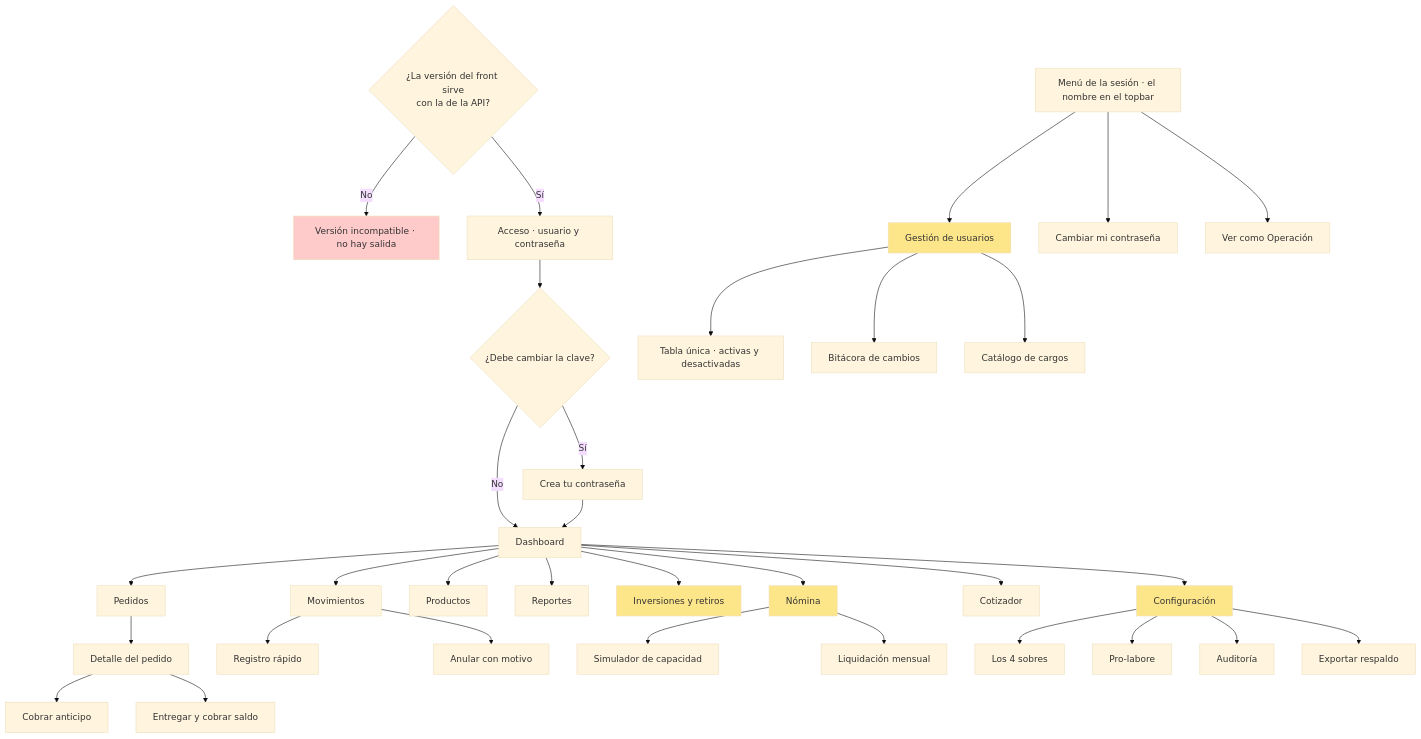
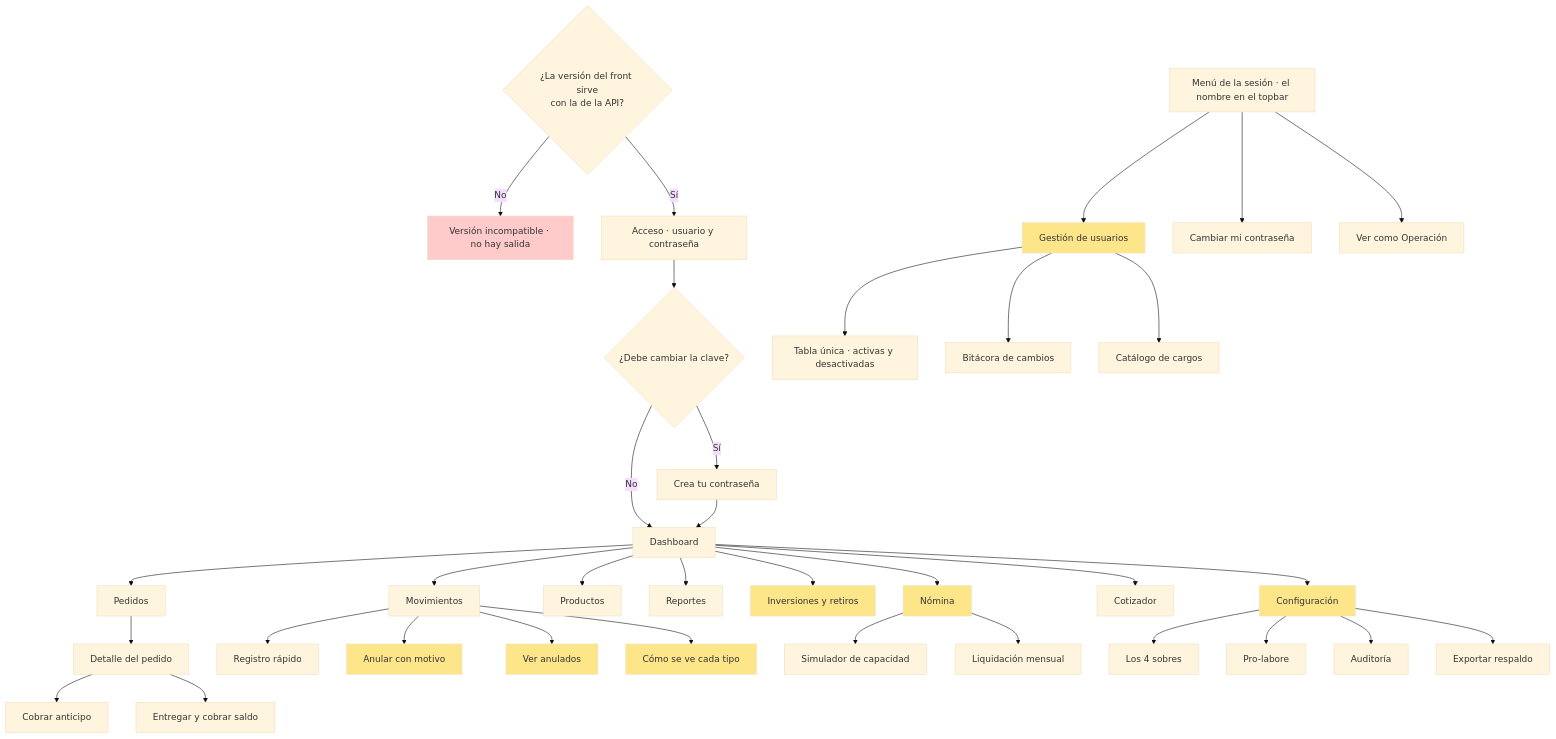
The diagram in docs/10-ux-y-mockups.md (Juanchope039/Finanzas-PRISMA), drawn with Mermaid (base theme) before and after one commit. The commit also changed other lines of this file and 5 other files, not shown here.

````diff
--- a/docs/10-ux-y-mockups.md
+++ b/docs/10-ux-y-mockups.md
@@ -51,48 +51,53 @@
 ```mermaid
 graph TD
   A0{¿La versión del front sirve
 con la de la API?} -->|No| VI[Versión incompatible · no hay salida]
   A0 -->|Sí| L[Acceso · usuario y contraseña]
   L --> V{¿Debe cambiar la clave?}
   V -->|Sí| CC[Crea tu contraseña]
   V -->|No| D[Dashboard]
   CC --> D
 
   D --> P[Pedidos]
   D --> M[Movimientos]
   D --> PR[Productos]
   D --> R[Reportes]
   D --> I[Inversiones y retiros]
   D --> N[Nómina]
   D --> C[Cotizador]
   D --> CF[Configuración]
 
   MS[Menú de la sesión · el nombre en el topbar] --> U[Gestión de usuarios]
   MS --> MP[Cambiar mi contraseña]
   MS --> VO[Ver como Operación]
 
   P --> PD[Detalle del pedido]
   PD --> PA[Cobrar anticipo]
   PD --> PE[Entregar y cobrar saldo]
 
   M --> MR[Registro rápido]
   M --> MA[Anular con motivo]
+  M --> MV[Ver anulados]
+  M --> MT[Cómo se ve cada tipo]
 
   N --> NS[Simulador de capacidad]
   N --> NL[Liquidación mensual]
 
   CF --> CS[Los 4 sobres]
   CF --> CP[Pro-labore]
   CF --> CA[Auditoría]
   CF --> CE[Exportar respaldo]
 
   U --> UT[Tabla única · activas y desactivadas]
   U --> UB[Bitácora de cambios]
   U --> UC[Catálogo de cargos]
 
   style N fill:#fde68a
   style I fill:#fde68a
   style CF fill:#fde68a
   style U fill:#fde68a
+  style MA fill:#fde68a
+  style MV fill:#fde68a
+  style MT fill:#fde68a
   style VI fill:#fecaca
 ```
````
